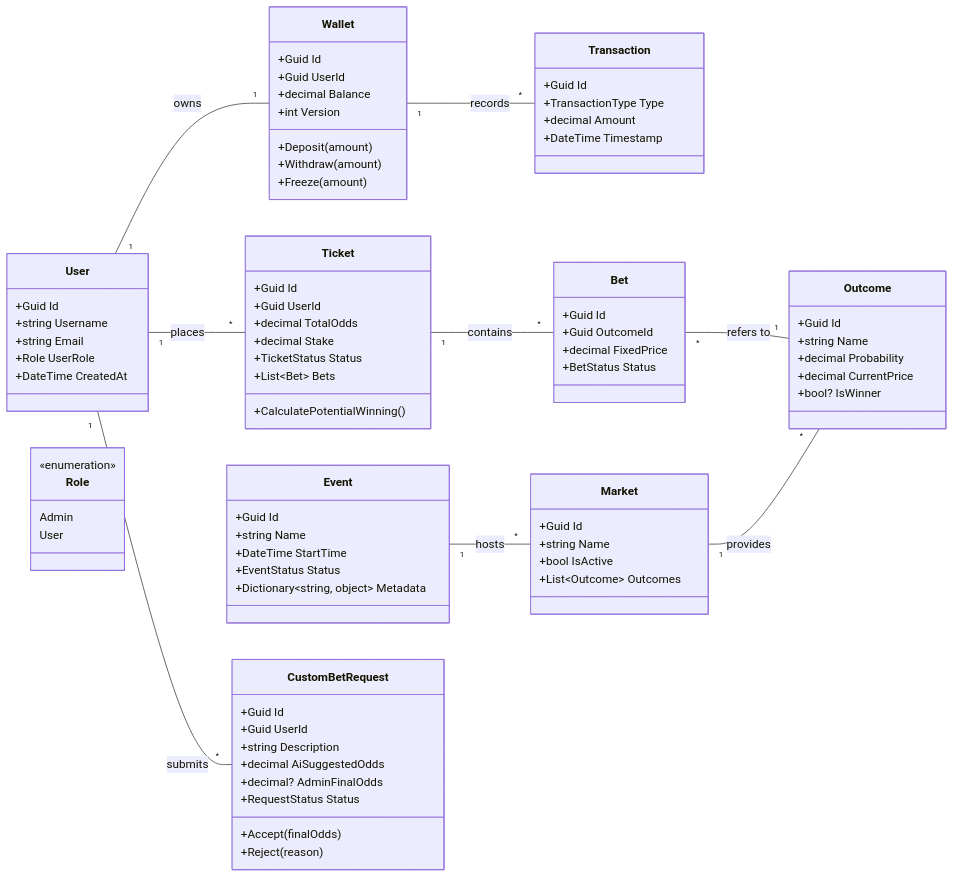
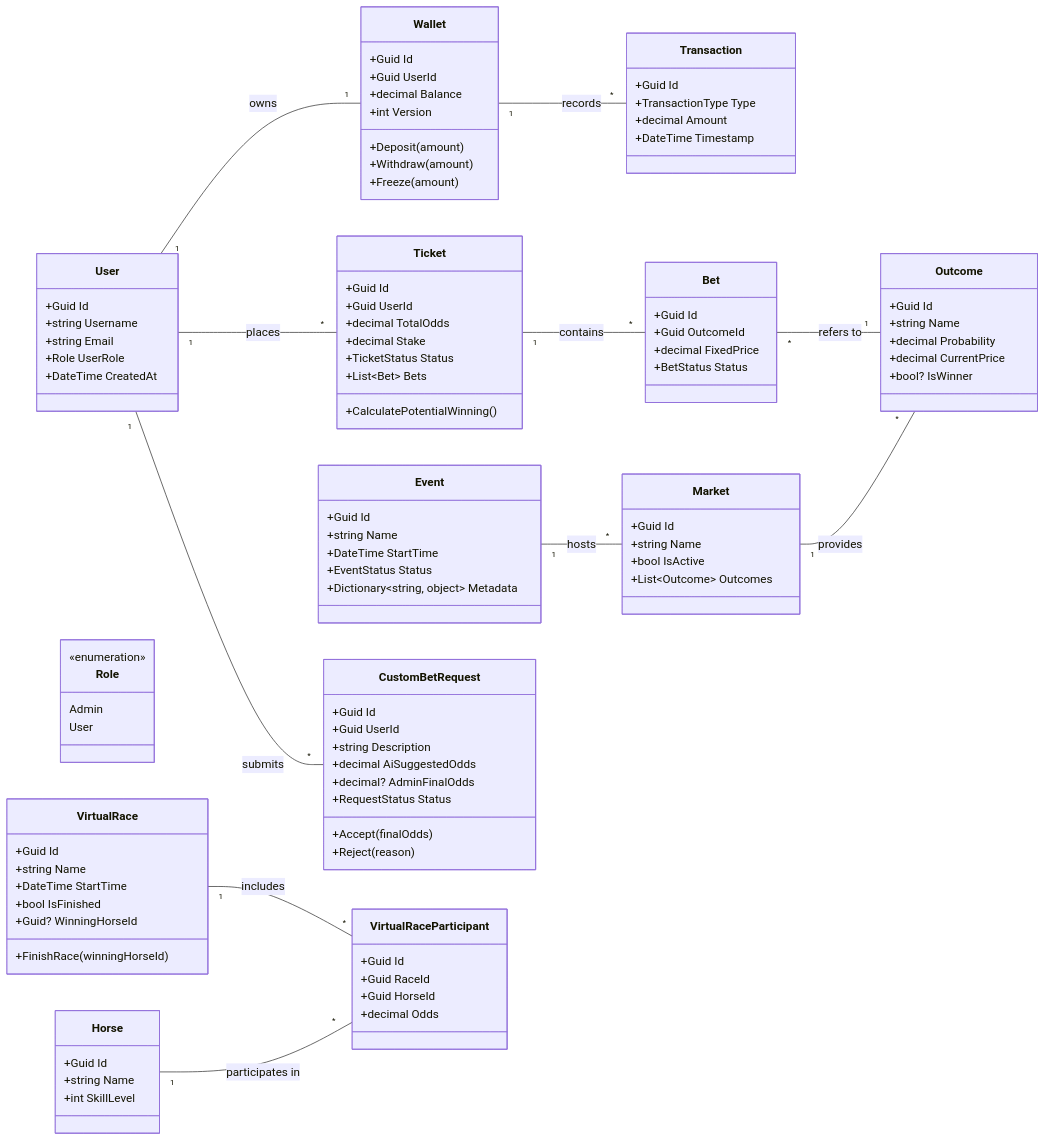
One commit to GrzegorzPolewczak/67Bet changed the diagram in docs/domain_model.md. Above: the diagram before and after it, drawn with Mermaid. The commit also changed other lines of this file and 26 other files, not shown here.

````diff
--- a/docs/domain_model.md
+++ b/docs/domain_model.md
@@ -92,6 +92,29 @@
         +Reject(reason)
     }
 
+    %% Virtual Racing Aggregate
+    class VirtualRace {
+        +Guid Id
+        +string Name
+        +DateTime StartTime
+        +bool IsFinished
+        +Guid? WinningHorseId
+        +FinishRace(winningHorseId)
+    }
+
+    class Horse {
+        +Guid Id
+        +string Name
+        +int SkillLevel
+    }
+
+    class VirtualRaceParticipant {
+        +Guid Id
+        +Guid RaceId
+        +Guid HorseId
+        +decimal Odds
+    }
+
     %% Relationships
     User "1" -- "1" Wallet : owns
     Wallet "1" -- "*" Transaction : records
@@ -101,4 +124,6 @@
     Event "1" -- "*" Market : hosts
     Market "1" -- "*" Outcome : provides
     User "1" -- "*" CustomBetRequest : submits
+    VirtualRace "1" -- "*" VirtualRaceParticipant : includes
+    Horse "1" -- "*" VirtualRaceParticipant : participates in
 ```
````
